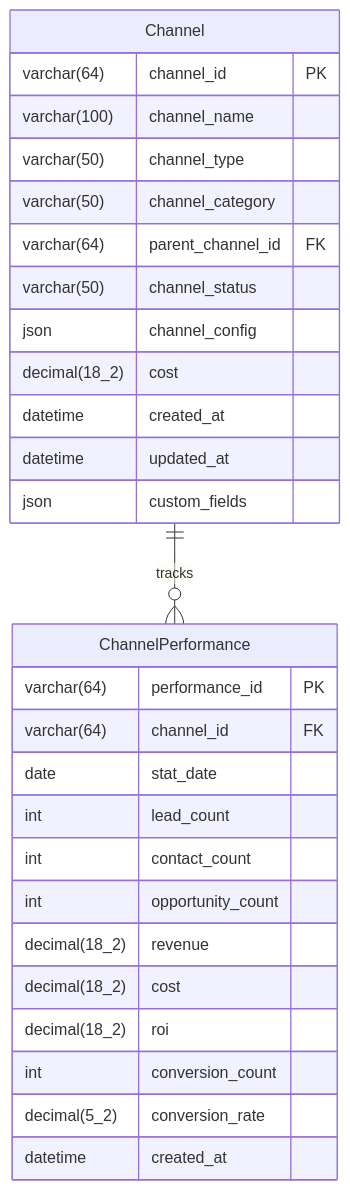
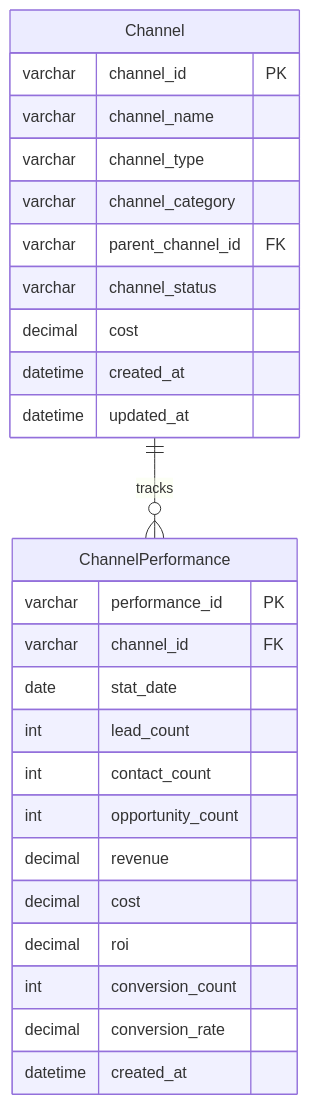
The seventh of 25 diagrams in docs/b2b-cdp-entity-design.md (312268112/advanced-java), drawn with Mermaid before and after one commit. The commit also changed other lines of this file, not shown here.

````diff
--- a/docs/b2b-cdp-entity-design.md
+++ b/docs/b2b-cdp-entity-design.md
@@ -427,33 +431,31 @@
 ```mermaid
 erDiagram
-    Channel ||--o{ ChannelPerformance : "tracks"
+    Channel ||--o{ ChannelPerformance : tracks
     
     Channel {
-        varchar(64) channel_id PK
-        varchar(100) channel_name
-        varchar(50) channel_type
-        varchar(50) channel_category
-        varchar(64) parent_channel_id FK
-        varchar(50) channel_status
-        json channel_config
-        decimal(18_2) cost
+        varchar channel_id PK
+        varchar channel_name
+        varchar channel_type
+        varchar channel_category
+        varchar parent_channel_id FK
+        varchar channel_status
+        decimal cost
         datetime created_at
         datetime updated_at
-        json custom_fields
     }
     
     ChannelPerformance {
-        varchar(64) performance_id PK
-        varchar(64) channel_id FK
+        varchar performance_id PK
+        varchar channel_id FK
         date stat_date
         int lead_count
         int contact_count
         int opportunity_count
-        decimal(18_2) revenue
-        decimal(18_2) cost
-        decimal(18_2) roi
+        decimal revenue
+        decimal cost
+        decimal roi
         int conversion_count
-        decimal(5_2) conversion_rate
+        decimal conversion_rate
         datetime created_at
     }
 ```
````
